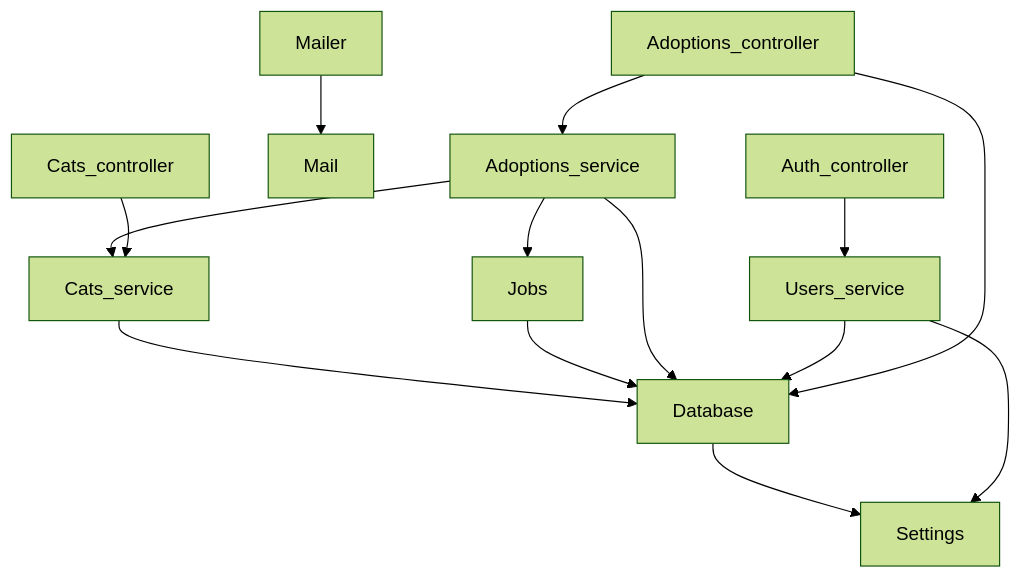
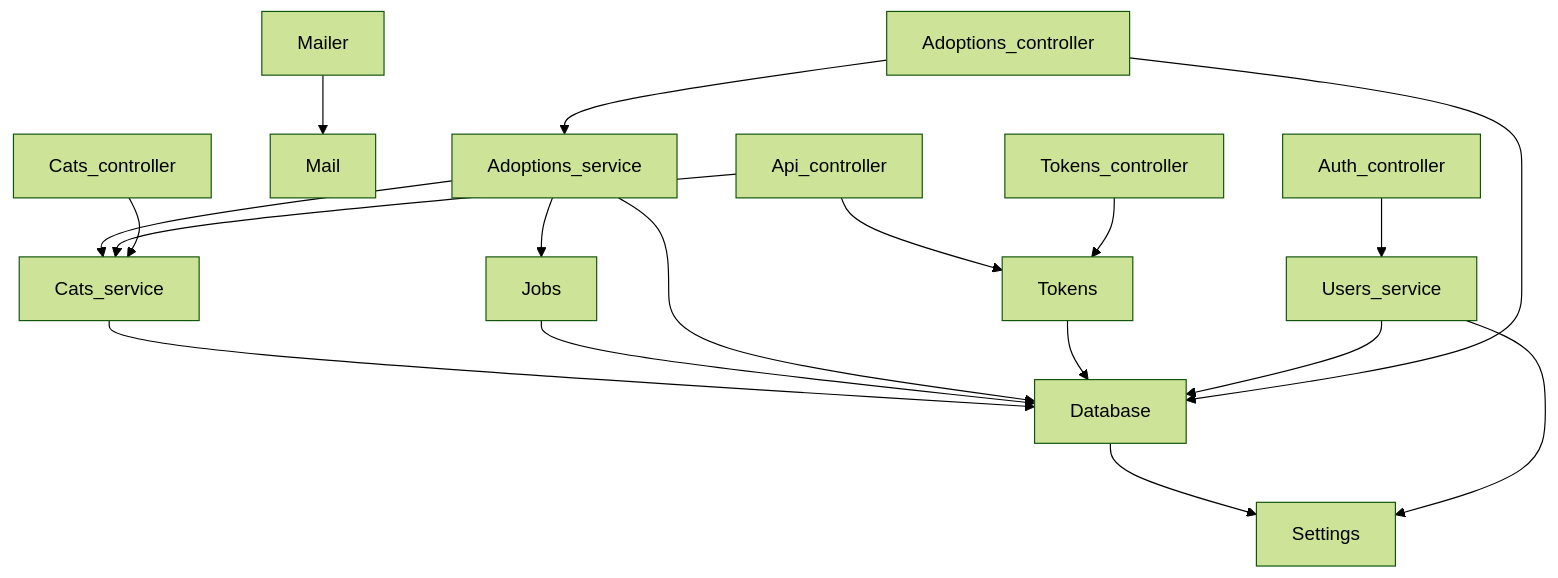
One commit to jongleb/kre changed the fourth of 4 diagrams in site/guide/dependency-injection.md. Above: the diagram before and after it, drawn with Mermaid (forest theme). The commit also changed 16 other files, not shown here.

First line of the commit message:
Kre.Token and [@@ability]: API tokens with abilities

````diff
--- a/site/guide/dependency-injection.md
+++ b/site/guide/dependency-injection.md
@@ -297,18 +297,22 @@
 ```mermaid
 graph TD
   Settings
   Database --> Settings
   Cats_service --> Database
   Jobs --> Database
   Adoptions_service --> Database
   Adoptions_service --> Cats_service
   Adoptions_service --> Jobs
   Mail
   Mailer --> Mail
+  Tokens --> Database
   Users_service --> Settings
   Users_service --> Database
   Adoptions_controller --> Adoptions_service
   Adoptions_controller --> Database
+  Api_controller --> Cats_service
+  Api_controller --> Tokens
   Auth_controller --> Users_service
   Cats_controller --> Cats_service
+  Tokens_controller --> Tokens
 ```
````
